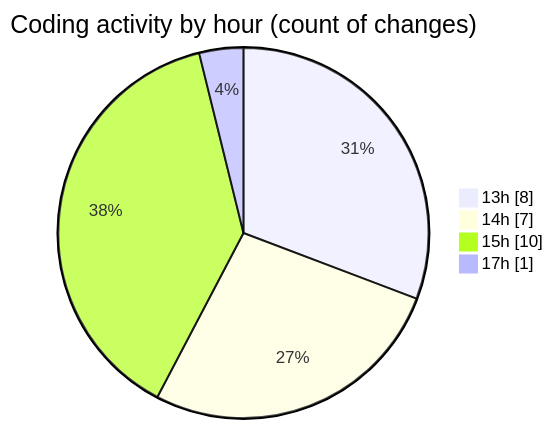
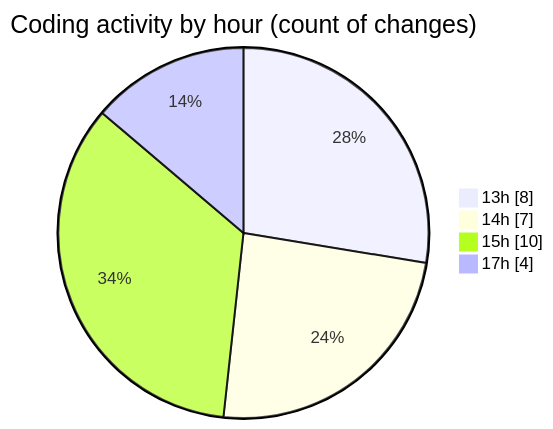
The second of 2 diagrams in 2025-04-03/jsvms/README.md (BS-eng2023/code-tracking), drawn with Mermaid before and after one commit. The commit also changed other lines of this file and 1 other file, not shown here.

````diff
--- a/2025-04-03/jsvms/README.md
+++ b/2025-04-03/jsvms/README.md
@@ -38,8 +39,8 @@
 ```mermaid
 pie showData
 title Coding activity by hour (count of changes)
 "13h" : 8
 "14h" : 7
 "15h" : 10
-"17h" : 1
+"17h" : 4
 ```
````
